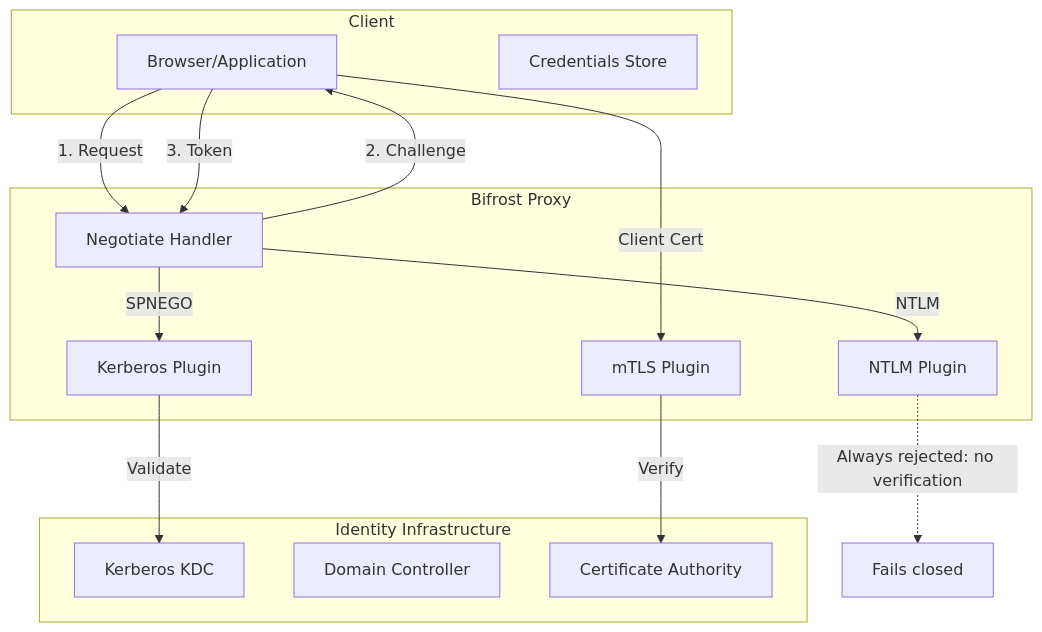
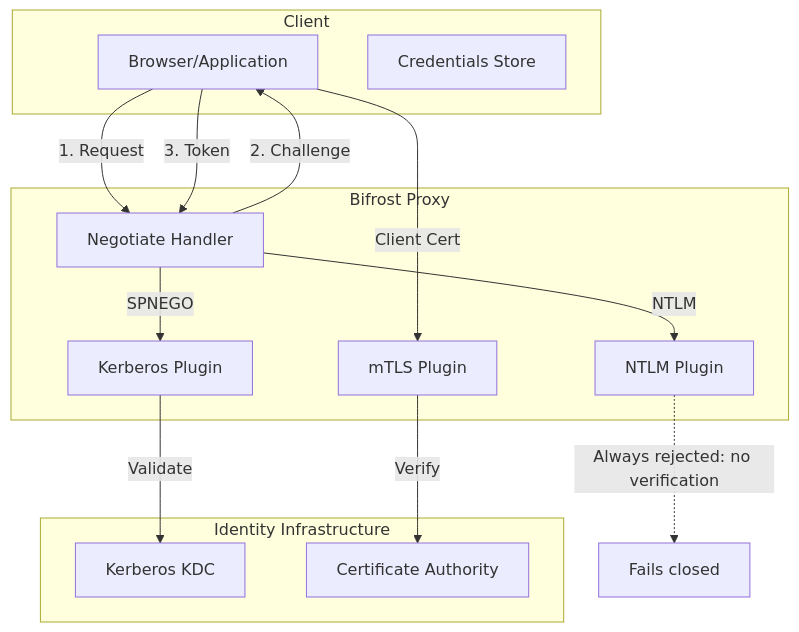
The first of 4 diagrams in docs/src/content/docs/configuration/authentication.mdx (rennerdo30/bifrost-proxy), drawn with Mermaid before and after one commit. The commit also changed other lines of this file and 21 other files, not shown here.

````diff
--- a/docs/src/content/docs/configuration/authentication.mdx
+++ b/docs/src/content/docs/configuration/authentication.mdx
@@ -21,32 +21,31 @@
 ```mermaid
 graph TB
     subgraph "Client"
         Browser[Browser/Application]
         Creds[Credentials Store]
     end
 
     subgraph "Bifrost Proxy"
         Negotiate[Negotiate Handler]
         KerbAuth[Kerberos Plugin]
         NTLMAuth[NTLM Plugin]
         MTLSAuth[mTLS Plugin]
     end
 
     subgraph "Identity Infrastructure"
         KDC[Kerberos KDC]
-        DC[Domain Controller]
         CA[Certificate Authority]
     end
 
     Browser -->|1. Request| Negotiate
     Negotiate -->|2. Challenge| Browser
     Browser -->|3. Token| Negotiate
 
     Negotiate -->|SPNEGO| KerbAuth
     Negotiate -->|NTLM| NTLMAuth
     Browser -->|Client Cert| MTLSAuth
 
     KerbAuth -->|Validate| KDC
     NTLMAuth -.->|Always rejected: no verification| Reject[Fails closed]
     MTLSAuth -->|Verify| CA
 ```
````
